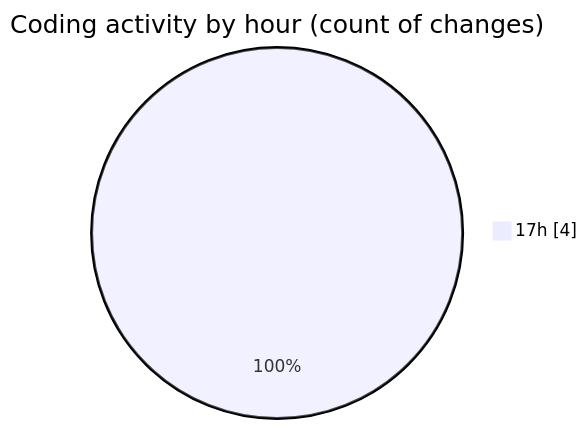
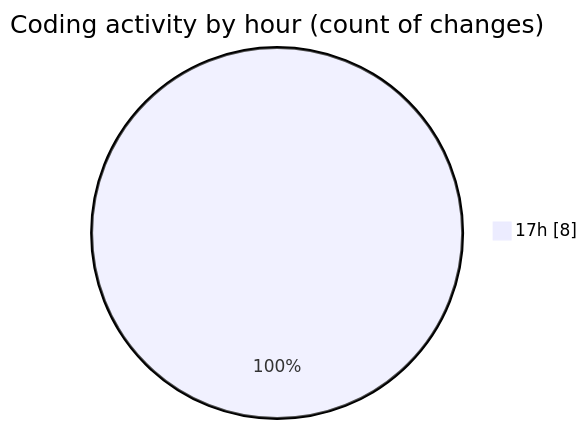
One commit to robertbonfada/code-tracking changed the second of 2 diagrams in 2025-08-27/loja-mbc-web/README.md. Above: the diagram before and after it, drawn with Mermaid. The commit also changed other lines of this file and 1 other file, not shown here.

````diff
--- a/2025-08-27/loja-mbc-web/README.md
+++ b/2025-08-27/loja-mbc-web/README.md
@@ -28,5 +28,5 @@
 ```mermaid
 pie showData
 title Coding activity by hour (count of changes)
-"17h" : 4
+"17h" : 8
 ```
````
